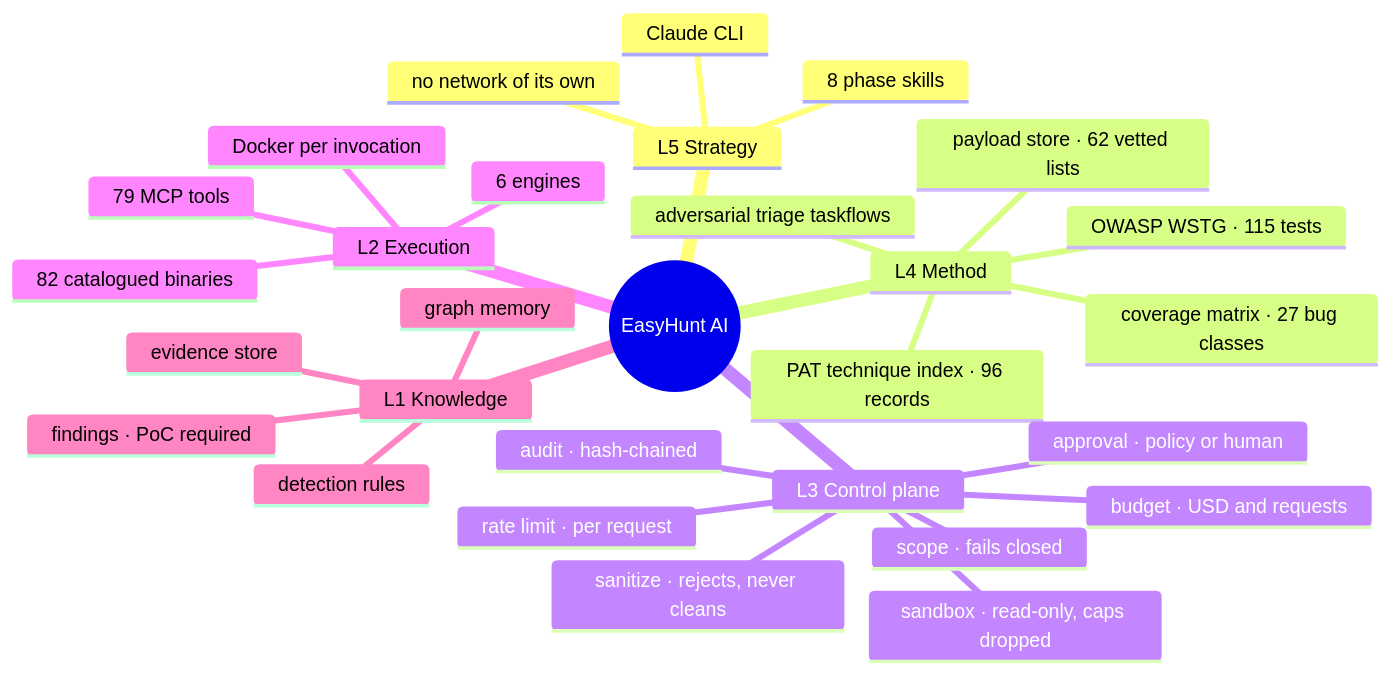
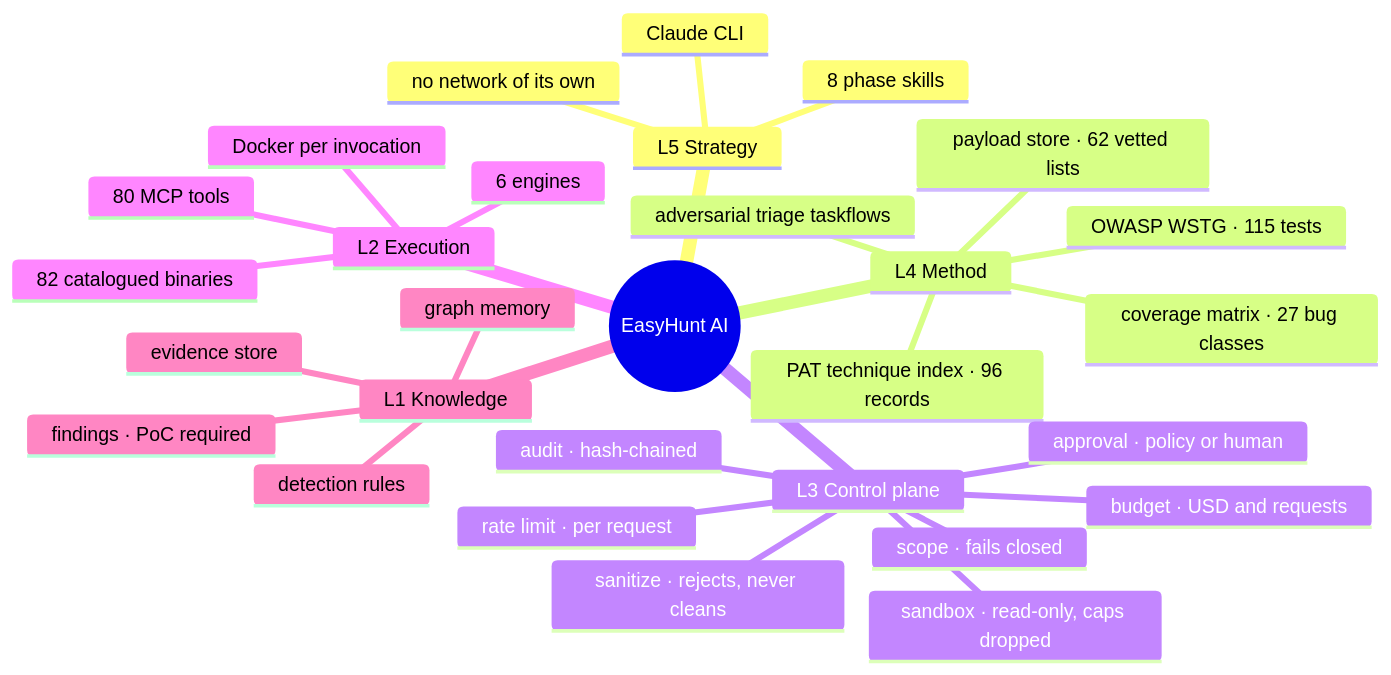
Before and after one commit to iamsecure1920/Cordon-AI: the second of 4 diagrams in README.md, drawn with Mermaid. The commit also changed other lines of this file and 8 other files, not shown here.

````diff
--- a/README.md
+++ b/README.md
@@ -107,32 +107,32 @@
 ```mermaid
 mindmap
   root((EasyHunt AI))
     L5 Strategy
       Claude CLI
       no network of its own
       8 phase skills
     L4 Method
       OWASP WSTG · 115 tests
       PAT technique index · 96 records
       coverage matrix · 27 bug classes
       adversarial triage taskflows
       payload store · 62 vetted lists
     L3 Control plane
       scope · fails closed
       sanitize · rejects, never cleans
       budget · USD and requests
       rate limit · per request
       approval · policy or human
       sandbox · read-only, caps dropped
       audit · hash-chained
     L2 Execution
-      79 MCP tools
+      80 MCP tools
       82 catalogued binaries
       6 engines
       Docker per invocation
     L1 Knowledge
       findings · PoC required
       graph memory
       detection rules
       evidence store
 ```
````
